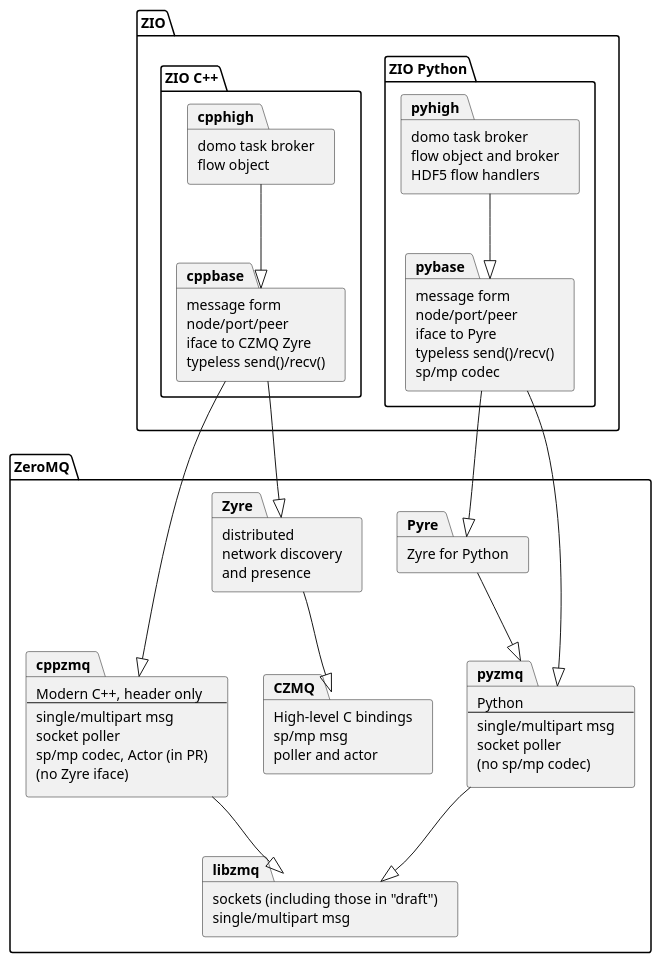
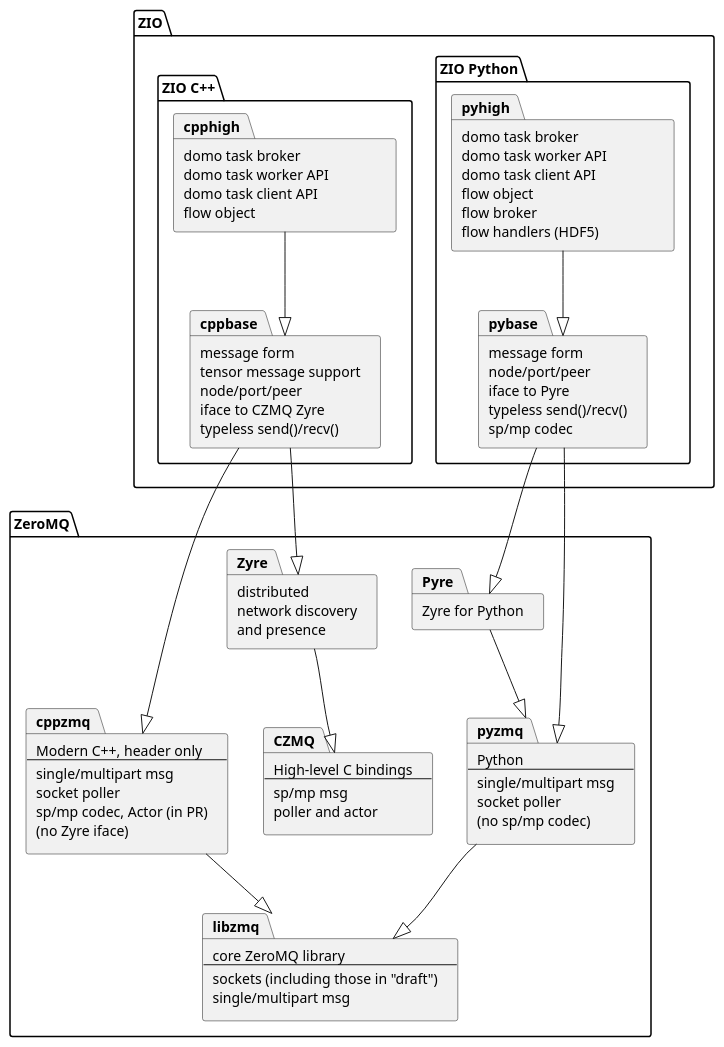
The diagram in docs/zioarch.plantuml (brettviren/zio), drawn with PlantUML before and after one commit. The commit also changed 1 other file, not shown here.

```diff
--- a/docs/zioarch.plantuml
+++ b/docs/zioarch.plantuml
@@ -1,81 +1,90 @@
 @startuml
 
 folder ZIO {
 
 folder "ZIO C++" {
         package cpphigh [
-        domo task broker
-        flow object
-        ]
+                domo task broker
+                domo task worker API
+                domo task client API                
+                flow object
+                ]
         package cppbase [
-        message form
-        node/port/peer
-        iface to CZMQ Zyre
-        typeless send()/recv()
-        ]
+                message form
+                tensor message support
+                node/port/peer
+                iface to CZMQ Zyre
+                typeless send()/recv()
+                ]
         cpphigh --|> cppbase
 }
 
 folder "ZIO Python" {
         package pyhigh [
                 domo task broker
-                flow object and broker
-                HDF5 flow handlers
+                domo task worker API
+                domo task client API                
+                flow object
+                flow broker
+                flow handlers (HDF5)
         ]
         package pybase [
-        message form
-        node/port/peer
-        iface to Pyre
-        typeless send()/recv()
-        sp/mp codec
+                message form
+                node/port/peer
+                iface to Pyre
+                typeless send()/recv()
+                sp/mp codec
         ]
         pyhigh --|> pybase
 }
 
 }
 
 folder ZeroMQ {
         package cppzmq [
         Modern C++, header only
         ----
         single/multipart msg
         socket poller
         sp/mp codec, Actor (in PR)
         (no Zyre iface)
         ]
         package pyzmq [
         Python
         ----
         single/multipart msg
         socket poller
         (no sp/mp codec)
         ]
         package Pyre [
         Zyre for Python
         ]
         package libzmq [
+        core ZeroMQ library
+        ----
         sockets (including those in "draft")
         single/multipart msg
         ]
         package CZMQ [
         High-level C bindings
+        ----
         sp/mp msg
         poller and actor
         ]
         package Zyre [
         distributed
         network discovery
         and presence
         ]
         Zyre --|> CZMQ
 }
 cppbase --|> Zyre
 cppbase --|> cppzmq
 pybase --|> pyzmq
 pybase --|> Pyre
 
 cppzmq --|> libzmq
 Pyre --|> pyzmq
 pyzmq --|> libzmq
 
 @enduml
```
